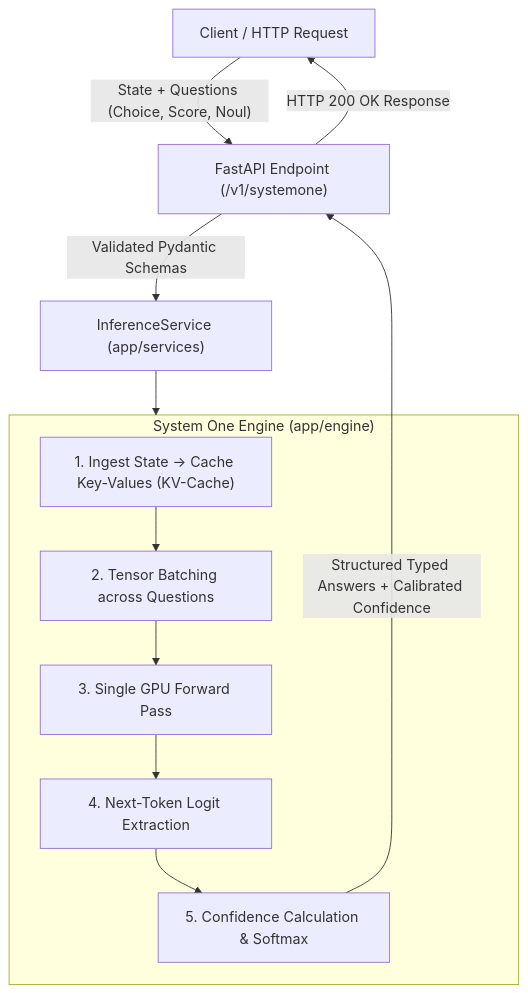
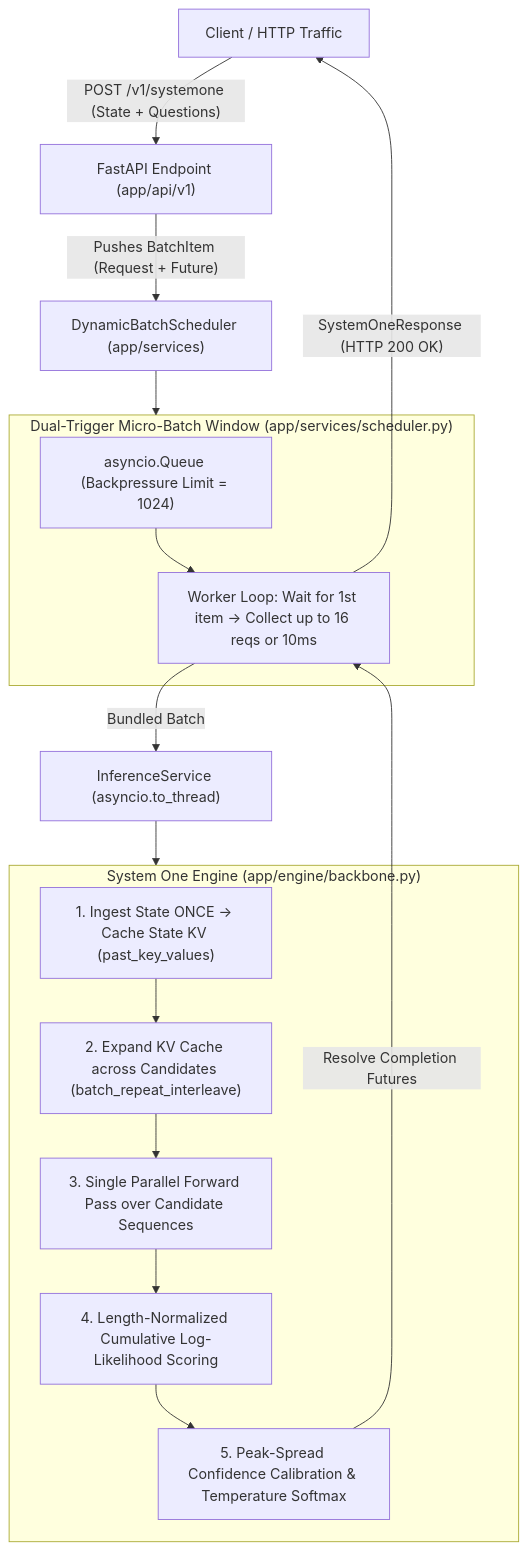
Before and after one commit to Atulmishra22/jev-lite: the diagram in README.md, drawn with Mermaid. The commit also changed other lines of this file and 2 other files, not shown here.

Commit message:
docs(readme): document architectural evolution, anisotropy findings, benchmarks, and deprecate heads.py

````diff
--- a/README.md
+++ b/README.md
@@ -40,22 +44,31 @@
 ```mermaid
 flowchart TD
-    Client["Client / HTTP Request"] -->|"State + Questions (Choice, Score, Noul)"| API["FastAPI Endpoint (/v1/systemone)"]
-    API -->|Validated Pydantic Schemas| Service["InferenceService (app/services)"]
+    Client["Client / HTTP Traffic"] -->|"POST /v1/systemone (State + Questions)"| API["FastAPI Endpoint (app/api/v1)"]
+    API -->|"Pushes BatchItem (Request + Future)"| Scheduler["DynamicBatchScheduler (app/services)"]
     
-    subgraph Engine["System One Engine (app/engine)"]
-        StatePass["1. Ingest State -> Cache Key-Values (KV-Cache)"]
-        BatchedTensor["2. Tensor Batching across Questions"]
-        ForwardPass["3. Single GPU Forward Pass"]
-        Logits["4. Next-Token Logit Extraction"]
-        Calibrator["5. Confidence Calculation & Softmax"]
-        
-        StatePass --> BatchedTensor
-        BatchedTensor --> ForwardPass
-        ForwardPass --> Logits
-        Logits --> Calibrator
+    subgraph Scheduling["Dual-Trigger Micro-Batch Window (app/services/scheduler.py)"]
+        Queue["asyncio.Queue (Backpressure Limit = 1024)"]
+        Window["Worker Loop: Wait for 1st item -> Collect up to 16 reqs or 10ms"]
+        Queue --> Window
     end
     
-    Service --> Engine
-    Calibrator -->|Structured Typed Answers + Calibrated Confidence| API
-    API -->|HTTP 200 OK Response| Client
+    Scheduler --> Scheduling
+    Window -->|"Bundled Batch"| Inference["InferenceService (asyncio.to_thread)"]
+    
+    subgraph Engine["System One Engine (app/engine/backbone.py)"]
+        StatePass["1. Ingest State ONCE -> Cache State KV (past_key_values)"]
+        ExpandKV["2. Expand KV Cache across Candidates (batch_repeat_interleave)"]
+        ParallelForward["3. Single Parallel Forward Pass over Candidate Sequences"]
+        SequenceScoring["4. Length-Normalized Cumulative Log-Likelihood Scoring"]
+        Calibration["5. Peak-Spread Confidence Calibration & Temperature Softmax"]
+        
+        StatePass --> ExpandKV
+        ExpandKV --> ParallelForward
+        ParallelForward --> SequenceScoring
+        SequenceScoring --> Calibration
+    end
+    
+    Inference --> Engine
+    Calibration -->|"Resolve Completion Futures"| Window
+    Window -->|"SystemOneResponse (HTTP 200 OK)"| Client
 ```
````
